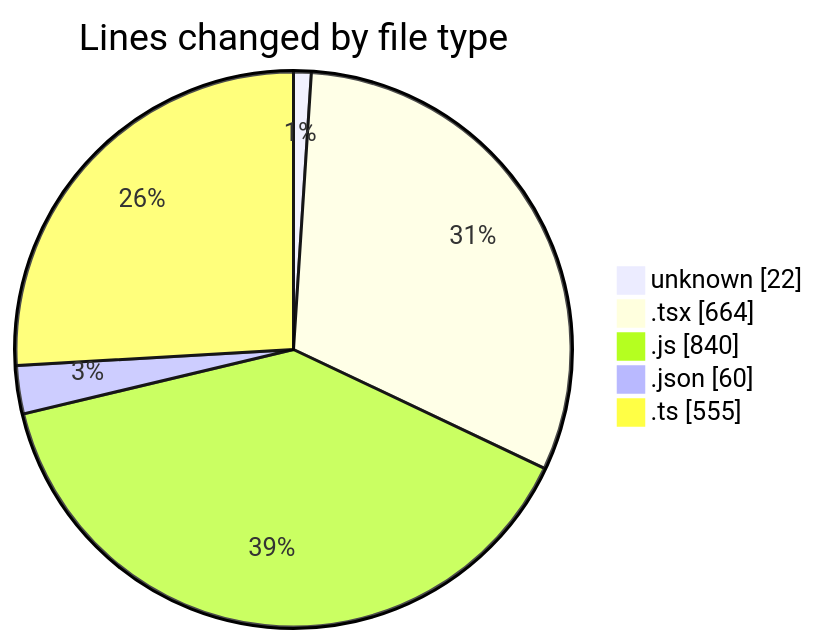
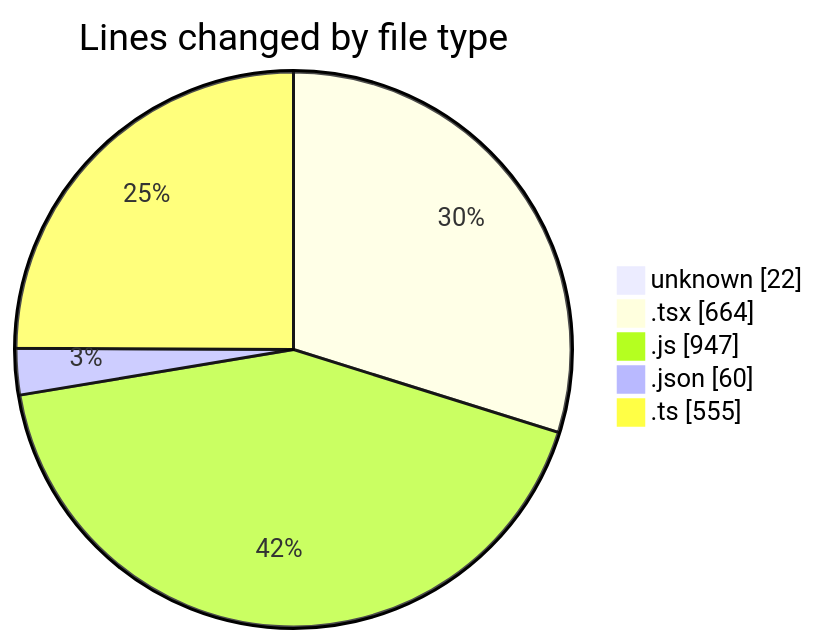
One commit to lephambinh05/code-tracking changed the first of 2 diagrams in 2025-08-07/napxuvn/README.md. Above: the diagram before and after it, drawn with Mermaid. The commit also changed other lines of this file and 1 other file, not shown here.

````diff
--- a/2025-08-07/napxuvn/README.md
+++ b/2025-08-07/napxuvn/README.md
@@ -46,9 +47,9 @@
 ```mermaid
 pie showData
 title Lines changed by file type
 "unknown" : 22
 ".tsx" : 664
-".js" : 840
+".js" : 947
 ".json" : 60
 ".ts" : 555
 ```
````
